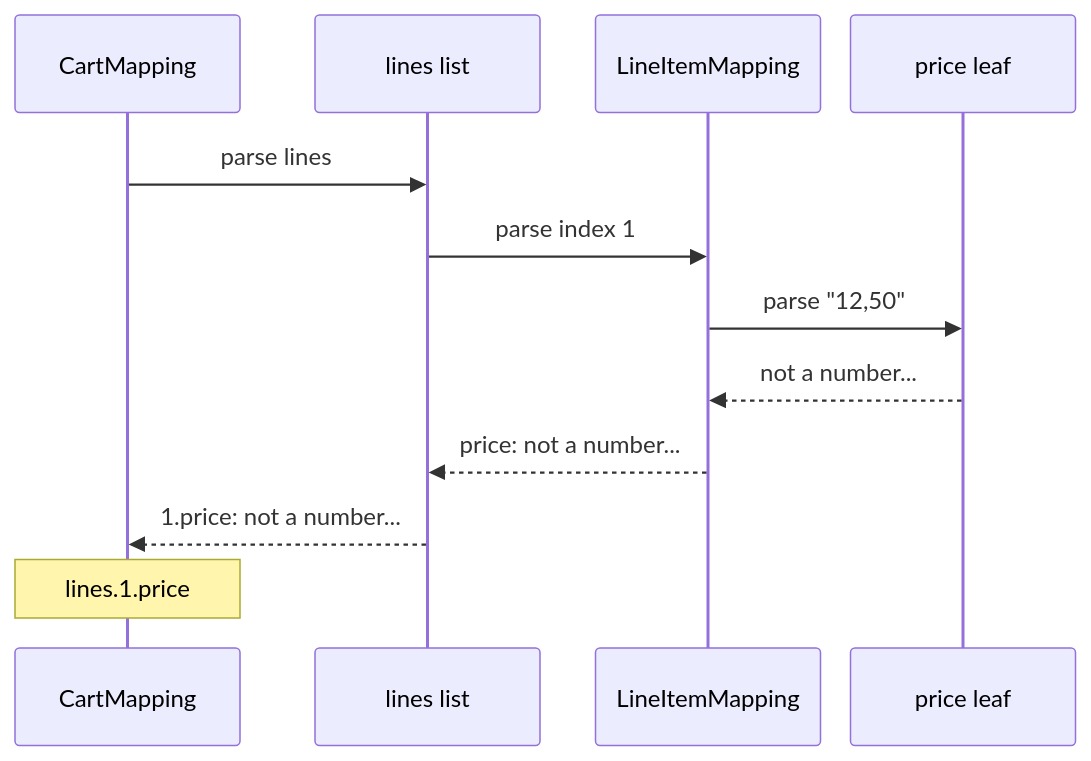
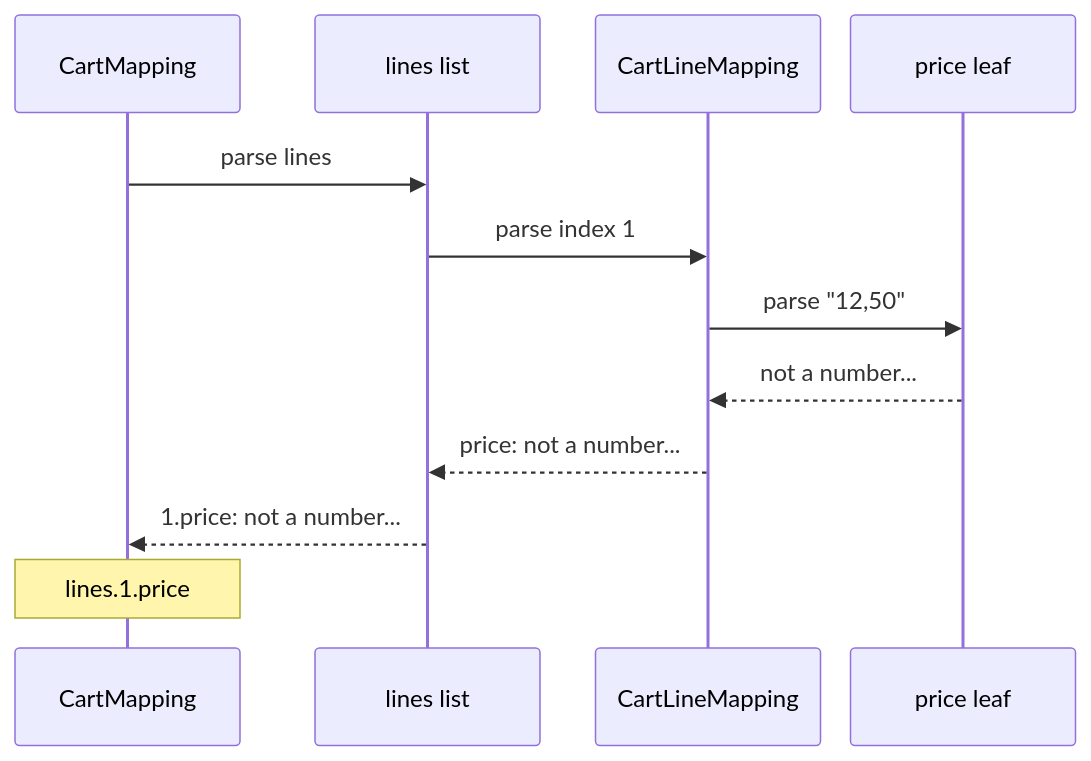
One commit to higher-kinded-j/higher-kinded-j changed the first of 3 diagrams in hkj-book/src/mapping/structure.md. Above: the diagram before and after it, drawn with Mermaid. The commit also changed other lines of this file and 212 other files, not shown here.

````diff
--- a/hkj-book/src/mapping/structure.md
+++ b/hkj-book/src/mapping/structure.md
@@ -36,17 +36,17 @@
 ```mermaid
 %%{init: {"sequence": {"actorMargin": 20, "diagramMarginX": 10}}}%%
 sequenceDiagram
     accTitle: How an error path grows outward
-    accDescr: The price leaf reports a bare message. LineItemMapping puts price in front of it, the list puts the index 1 in front of that, and CartMapping puts lines in front, so the client reads lines.1.price.
+    accDescr: The price leaf reports a bare message. CartLineMapping puts price in front of it, the list puts the index 1 in front of that, and CartMapping puts lines in front, so the client reads lines.1.price.
     participant C as CartMapping
     participant L as lines list
-    participant I as LineItemMapping
+    participant I as CartLineMapping
     participant P as price leaf
     C->>L: parse lines
     L->>I: parse index 1
     I->>P: parse "12,50"
     P-->>I: not a number...
     I-->>L: price: not a number...
     L-->>C: 1.price: not a number...
     Note over C: lines.1.price
 ```
````
